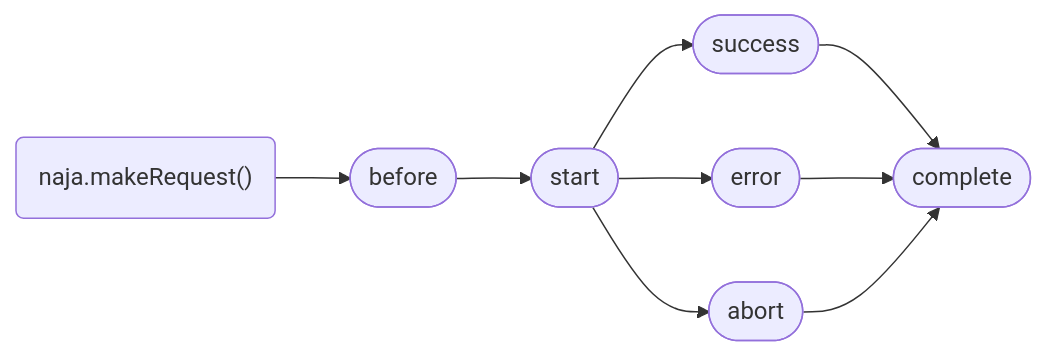
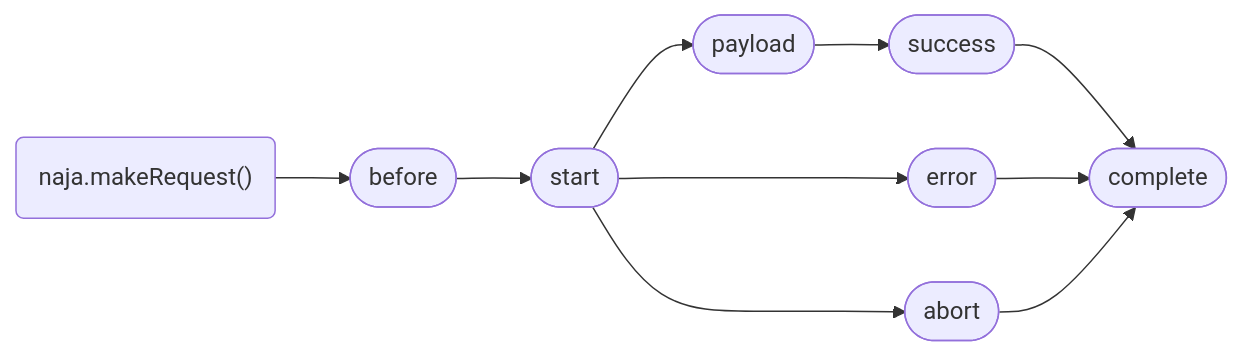
Before and after one commit to naja-js/naja: the diagram in docs/events.md, drawn with Mermaid. The commit also changed other lines of this file and 2 other files, not shown here.

Commit message:
Naja: add "payload" event that is dispatched before "success" (and therefore before internal components)

````diff
--- a/docs/events.md
+++ b/docs/events.md
@@ -40,9 +40,10 @@
 ```mermaid
 graph LR
 	req("naja.makeRequest()") --> before([before])
 	before --> start([start])
-	start --> success([success])
+	start --> payload([payload])
+	payload --> success([success])
 	start --> error([error])
 	start --> abort([abort])
 	success & error & abort --> complete([complete])
 ```
````
